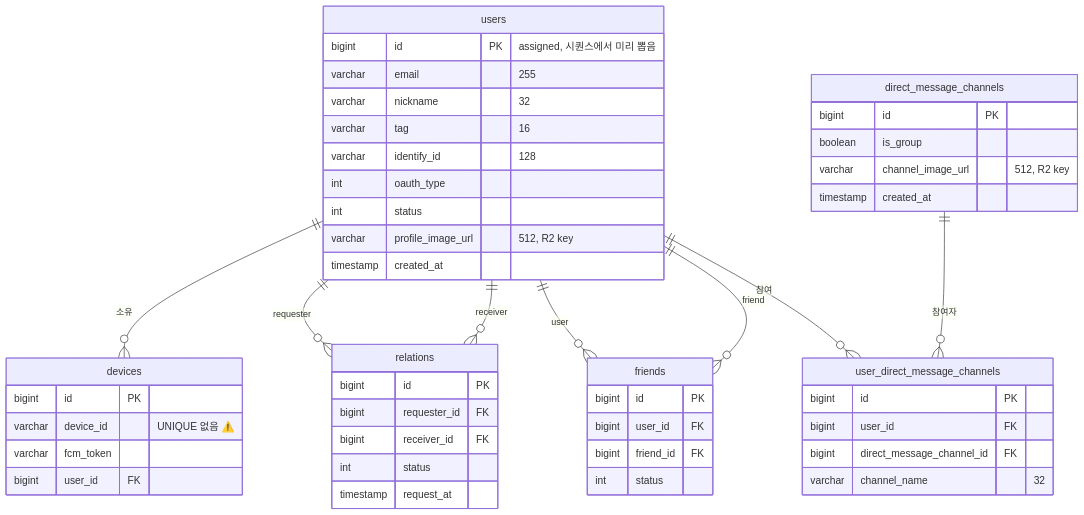
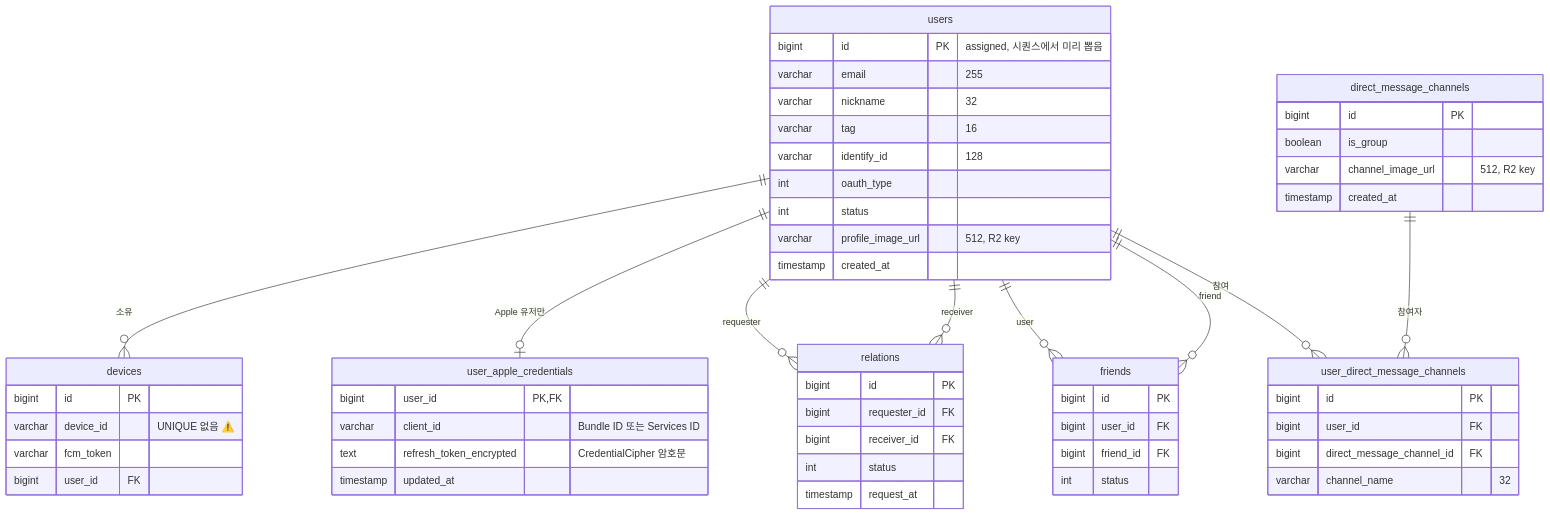
Before and after one commit to danmalgi-project/danmalgi_api: the first of 2 diagrams in docs/01-foundation/data-model.md, drawn with Mermaid. The commit also changed other lines of this file and 39 other files, not shown here.

````diff
--- a/docs/01-foundation/data-model.md
+++ b/docs/01-foundation/data-model.md
@@ -11,53 +11,60 @@
 ```mermaid
 erDiagram
     users ||--o{ devices : "소유"
+    users ||--o| user_apple_credentials : "Apple 유저만"
     users ||--o{ relations : "requester"
     users ||--o{ relations : "receiver"
     users ||--o{ friends : "user"
     users ||--o{ friends : "friend"
     users ||--o{ user_direct_message_channels : "참여"
     direct_message_channels ||--o{ user_direct_message_channels : "참여자"
 
     users {
         bigint id PK "assigned, 시퀀스에서 미리 뽑음"
         varchar email "255"
         varchar nickname "32"
         varchar tag "16"
         varchar identify_id "128"
         int oauth_type
         int status
         varchar profile_image_url "512, R2 key"
         timestamp created_at
+    }
+    user_apple_credentials {
+        bigint user_id PK,FK
+        varchar client_id "Bundle ID 또는 Services ID"
+        text refresh_token_encrypted "CredentialCipher 암호문"
+        timestamp updated_at
     }
     devices {
         bigint id PK
         varchar device_id "UNIQUE 없음 ⚠️"
         varchar fcm_token
         bigint user_id FK
     }
     relations {
         bigint id PK
         bigint requester_id FK
         bigint receiver_id FK
         int status
         timestamp request_at
     }
     friends {
         bigint id PK
         bigint user_id FK
         bigint friend_id FK
         int status
     }
     direct_message_channels {
         bigint id PK
         boolean is_group
         varchar channel_image_url "512, R2 key"
         timestamp created_at
     }
     user_direct_message_channels {
         bigint id PK
         bigint user_id FK
         bigint direct_message_channel_id FK
         varchar channel_name "32"
     }
 ```
````
